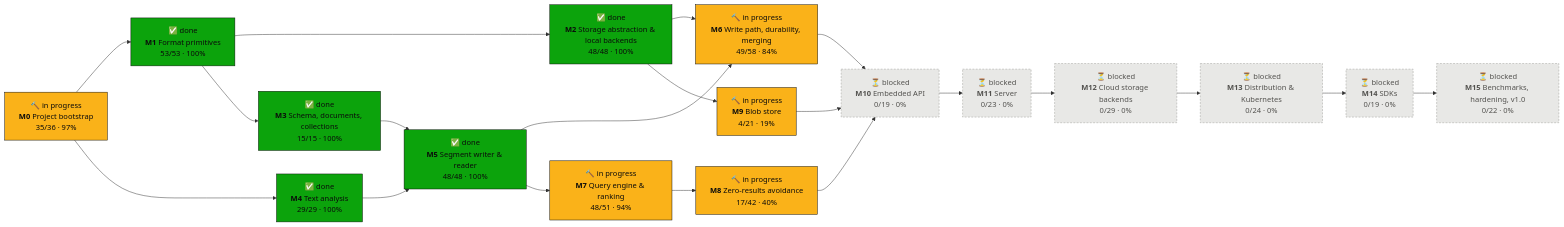
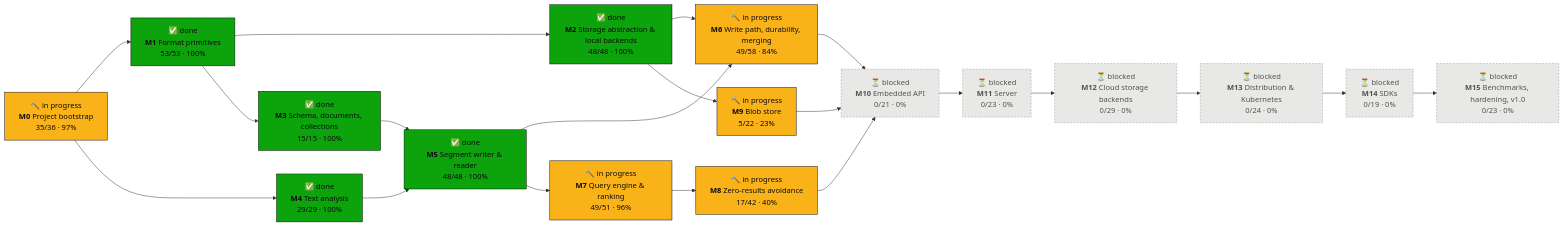
Before and after one commit to tomiok/persiaDB: the first of 2 diagrams in PROGRESS.md, drawn with Mermaid. The commit also changed other lines of this file and 39 other files, not shown here.

````diff
--- a/PROGRESS.md
+++ b/PROGRESS.md
@@ -16,42 +16,42 @@
 ```mermaid
 flowchart LR
   M0["🔨 in progress<br/><b>M0</b> Project bootstrap<br/>35/36 · 97%"]:::doing
   M1["✅ done<br/><b>M1</b> Format primitives<br/>53/53 · 100%"]:::done
   M2["✅ done<br/><b>M2</b> Storage abstraction & local backends<br/>48/48 · 100%"]:::done
   M3["✅ done<br/><b>M3</b> Schema, documents, collections<br/>15/15 · 100%"]:::done
   M4["✅ done<br/><b>M4</b> Text analysis<br/>29/29 · 100%"]:::done
   M5["✅ done<br/><b>M5</b> Segment writer & reader<br/>48/48 · 100%"]:::done
   M6["🔨 in progress<br/><b>M6</b> Write path, durability, merging<br/>49/58 · 84%"]:::doing
-  M7["🔨 in progress<br/><b>M7</b> Query engine & ranking<br/>48/51 · 94%"]:::doing
+  M7["🔨 in progress<br/><b>M7</b> Query engine & ranking<br/>49/51 · 96%"]:::doing
   M8["🔨 in progress<br/><b>M8</b> Zero-results avoidance<br/>17/42 · 40%"]:::doing
-  M9["🔨 in progress<br/><b>M9</b> Blob store<br/>4/21 · 19%"]:::doing
-  M10["⏳ blocked<br/><b>M10</b> Embedded API<br/>0/19 · 0%"]:::blocked
+  M9["🔨 in progress<br/><b>M9</b> Blob store<br/>5/22 · 23%"]:::doing
+  M10["⏳ blocked<br/><b>M10</b> Embedded API<br/>0/21 · 0%"]:::blocked
   M11["⏳ blocked<br/><b>M11</b> Server<br/>0/23 · 0%"]:::blocked
   M12["⏳ blocked<br/><b>M12</b> Cloud storage backends<br/>0/29 · 0%"]:::blocked
   M13["⏳ blocked<br/><b>M13</b> Distribution & Kubernetes<br/>0/24 · 0%"]:::blocked
   M14["⏳ blocked<br/><b>M14</b> SDKs<br/>0/19 · 0%"]:::blocked
-  M15["⏳ blocked<br/><b>M15</b> Benchmarks, hardening, v1.0<br/>0/22 · 0%"]:::blocked
+  M15["⏳ blocked<br/><b>M15</b> Benchmarks, hardening, v1.0<br/>0/23 · 0%"]:::blocked
   M0 --> M1
   M1 --> M2
   M1 --> M3
   M0 --> M4
   M3 --> M5
   M4 --> M5
   M2 --> M6
   M5 --> M6
   M5 --> M7
   M7 --> M8
   M2 --> M9
   M6 --> M10
   M8 --> M10
   M9 --> M10
   M10 --> M11
   M11 --> M12
   M12 --> M13
   M13 --> M14
   M14 --> M15
   classDef done fill:#0ca30c,stroke:#0b0b0b,color:#0b0b0b
   classDef doing fill:#fab219,stroke:#0b0b0b,color:#0b0b0b
   classDef ready fill:#fcfcfb,stroke:#0b0b0b,stroke-width:2px,color:#0b0b0b
   classDef blocked fill:#e8e8e6,stroke:#9a9a96,stroke-dasharray:4 3,color:#52514e
 ```
````
